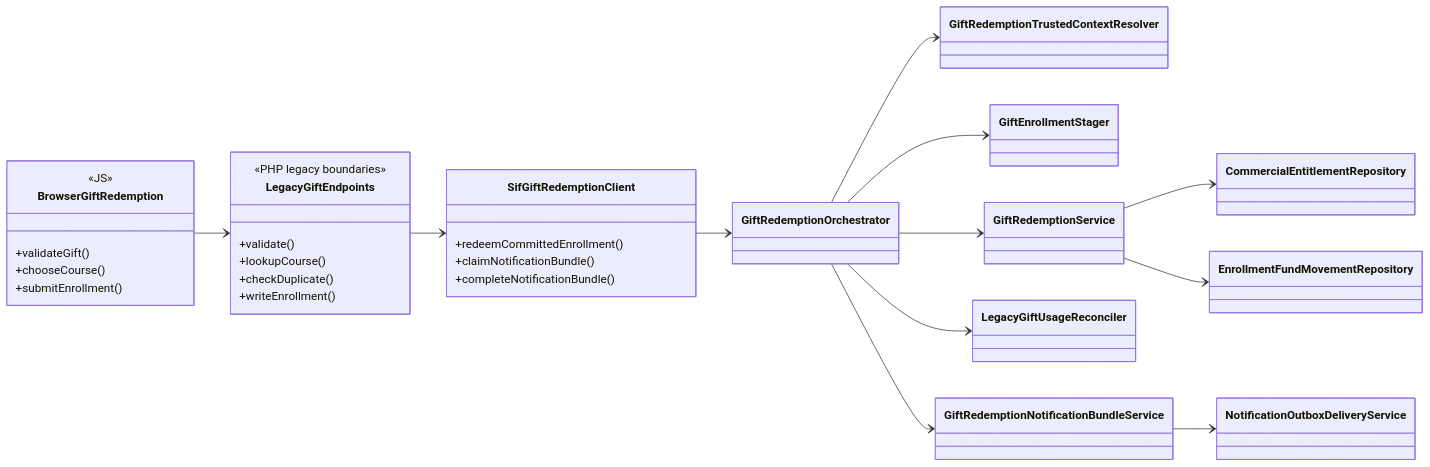
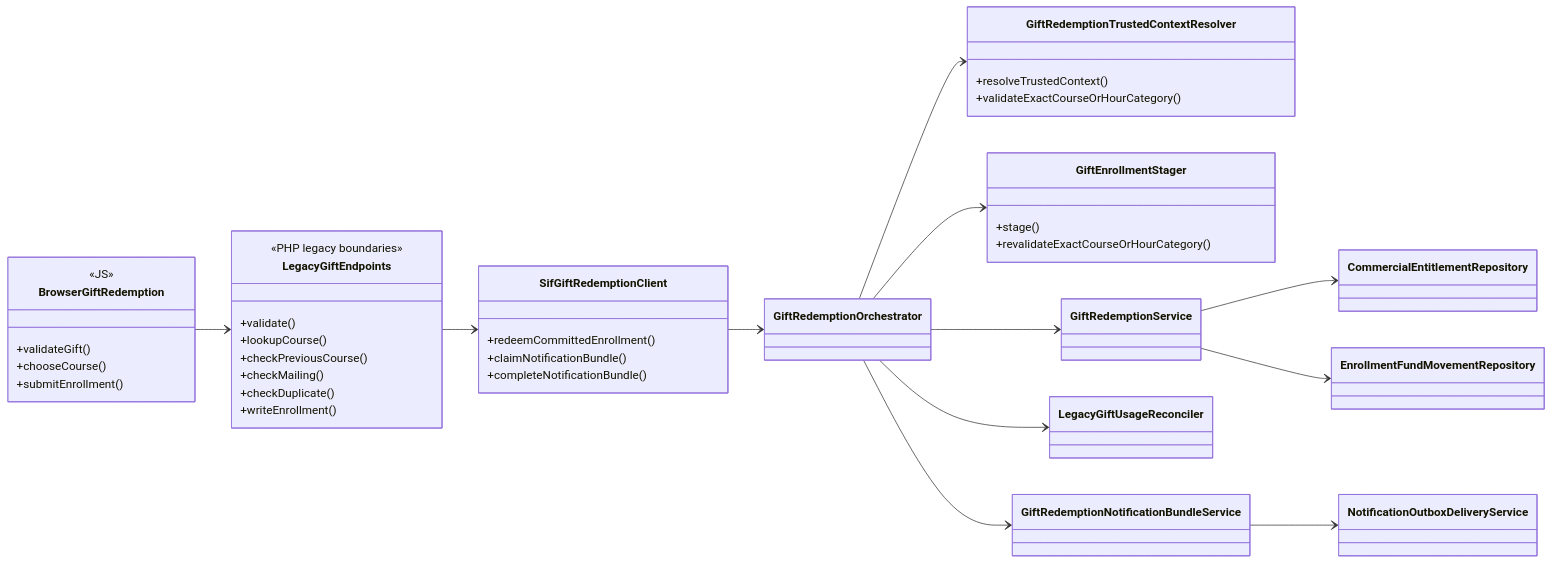
Before and after one commit to orgmeriemprismacat-del/verifactu: the second of 5 diagrams in documentacio/07-uml-integrat/uc-018-bescanviar-regal.md, drawn with Mermaid. The commit also changed other lines of this file, not shown here.

Commit message:
docs(UC-018): actualitzar fitxa UML integrada amb flux real

````diff
--- a/documentacio/07-uml-integrat/uc-018-bescanviar-regal.md
+++ b/documentacio/07-uml-integrat/uc-018-bescanviar-regal.md
@@ -81,43 +84,51 @@
 ```mermaid
 classDiagram
 direction LR
 class BrowserGiftRedemption {
   <<JS>>
   +validateGift()
   +chooseCourse()
   +submitEnrollment()
 }
 class LegacyGiftEndpoints {
   <<PHP legacy boundaries>>
   +validate()
   +lookupCourse()
+  +checkPreviousCourse()
+  +checkMailing()
   +checkDuplicate()
   +writeEnrollment()
 }
 class SifGiftRedemptionClient {
   +redeemCommittedEnrollment()
   +claimNotificationBundle()
   +completeNotificationBundle()
 }
 class GiftRedemptionOrchestrator
-class GiftRedemptionTrustedContextResolver
-class GiftEnrollmentStager
+class GiftRedemptionTrustedContextResolver {
+  +resolveTrustedContext()
+  +validateExactCourseOrHourCategory()
+}
+class GiftEnrollmentStager {
+  +stage()
+  +revalidateExactCourseOrHourCategory()
+}
 class GiftRedemptionService
 class CommercialEntitlementRepository
 class EnrollmentFundMovementRepository
 class LegacyGiftUsageReconciler
 class GiftRedemptionNotificationBundleService
 class NotificationOutboxDeliveryService
 
 BrowserGiftRedemption --> LegacyGiftEndpoints
 LegacyGiftEndpoints --> SifGiftRedemptionClient
 SifGiftRedemptionClient --> GiftRedemptionOrchestrator
 GiftRedemptionOrchestrator --> GiftRedemptionTrustedContextResolver
 GiftRedemptionOrchestrator --> GiftEnrollmentStager
 GiftRedemptionOrchestrator --> GiftRedemptionService
 GiftRedemptionService --> CommercialEntitlementRepository
 GiftRedemptionService --> EnrollmentFundMovementRepository
 GiftRedemptionOrchestrator --> LegacyGiftUsageReconciler
 GiftRedemptionOrchestrator --> GiftRedemptionNotificationBundleService
 GiftRedemptionNotificationBundleService --> NotificationOutboxDeliveryService
 ```
````
